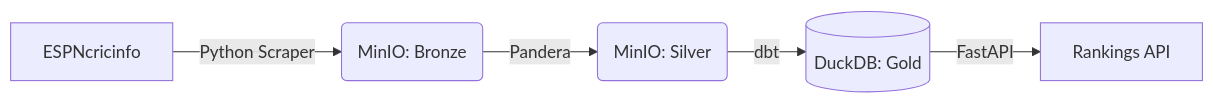
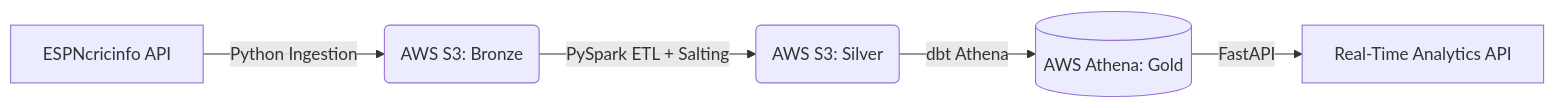
One commit to NADEEMTHEBA8/coverdrive changed the diagram in README.md. Above: the diagram before and after it, drawn with Mermaid. The commit also changed other lines of this file and 18 other files, not shown here.

````diff
--- a/README.md
+++ b/README.md
@@ -34,7 +18,7 @@
 ```mermaid
 flowchart LR
-  A[ESPNcricinfo] -->|Python Scraper| B(MinIO: Bronze)
-  B -->|Pandera| C(MinIO: Silver)
-  C -->|dbt| D[(DuckDB: Gold)]
-  D -->|FastAPI| E[Rankings API]
+  A[ESPNcricinfo API] -->|Python Ingestion| B(AWS S3: Bronze)
+  B -->|PySpark ETL + Salting| C(AWS S3: Silver)
+  C -->|dbt Athena| D[(AWS Athena: Gold)]
+  D -->|FastAPI| E[Real-Time Analytics API]
 ```
````
